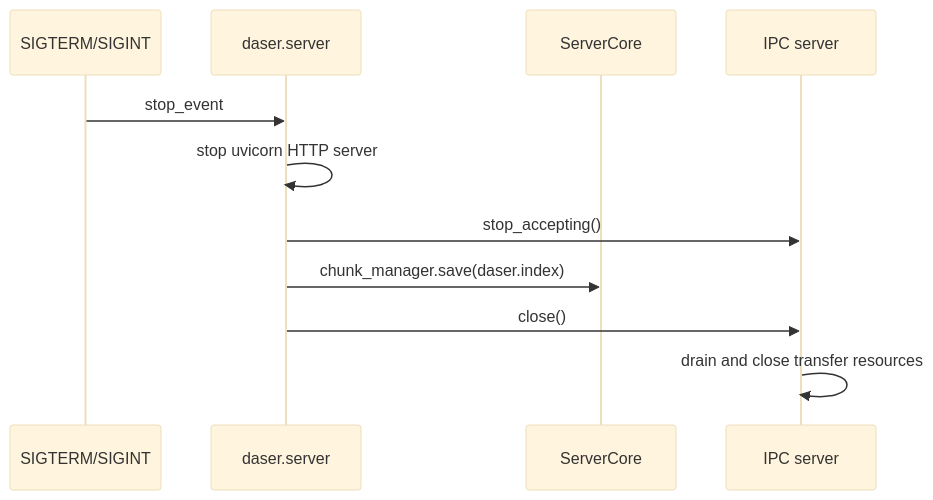
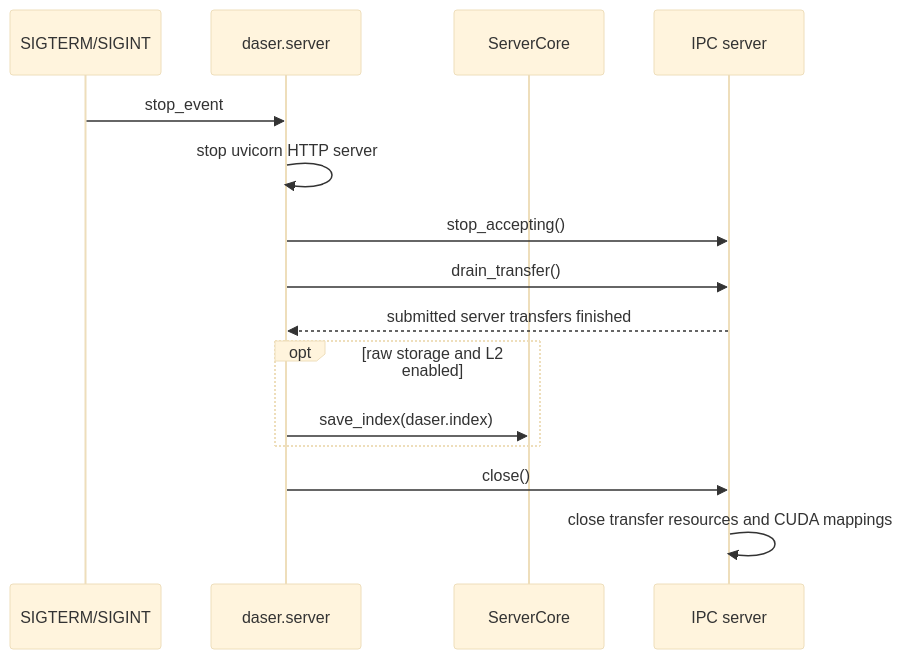
Before and after one commit to 7774596/DaseR: the eighth of 8 diagrams in docs/design/flows.md, drawn with Mermaid (base theme). The commit also changed other lines of this file and 11 other files, not shown here.

First line of the commit message:
docs(server): sync architecture and design documentation

````diff
--- a/docs/design/flows.md
+++ b/docs/design/flows.md
@@ -261,14 +302,18 @@
 ```mermaid
 sequenceDiagram
     participant OS as SIGTERM/SIGINT
     participant Main as daser.server
     participant C as ServerCore
     participant IPC as IPC server
 
     OS->>Main: stop_event
     Main->>Main: stop uvicorn HTTP server
     Main->>IPC: stop_accepting()
-    Main->>C: chunk_manager.save(daser.index)
+    Main->>IPC: drain_transfer()
+    IPC-->>Main: submitted server transfers finished
+    opt raw storage and L2 enabled
+        Main->>C: save_index(daser.index)
+    end
     Main->>IPC: close()
-    IPC->>IPC: drain and close transfer resources
+    IPC->>IPC: close transfer resources and CUDA mappings
 ```
````
